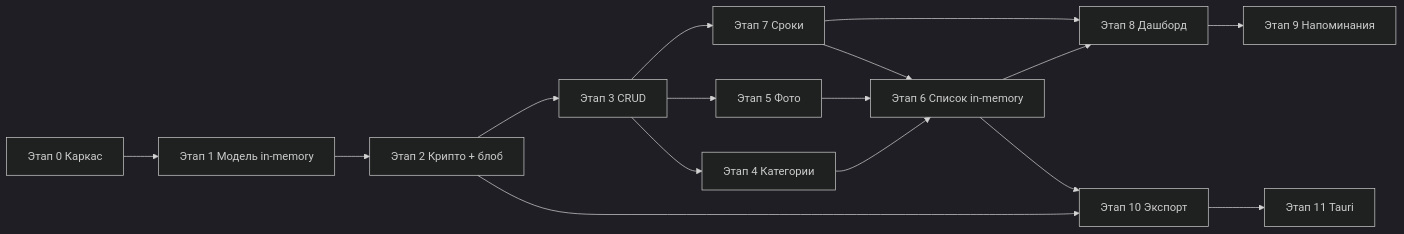
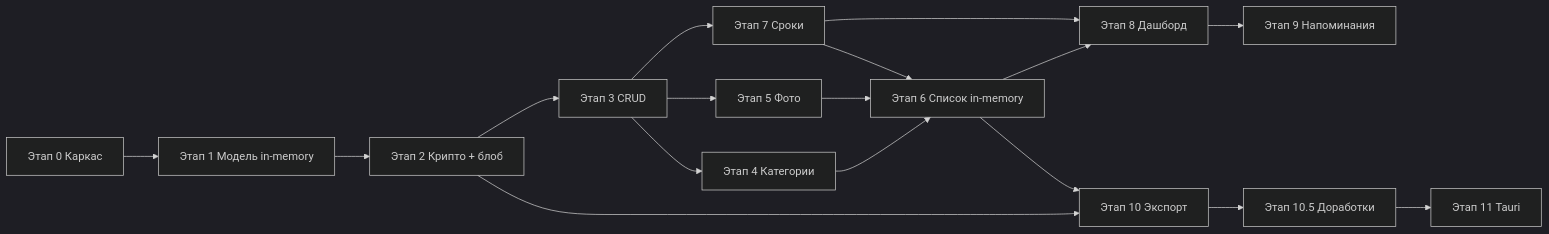
Before and after one commit to evleonov-NS/key-keeper: the diagram in PLAN.md, drawn with Mermaid (dark theme). The commit also changed other lines of this file and 1 other file, not shown here.

First line of the commit message:
docs: этап 10.5 — доработки web перед Tauri в PLAN и STATUS

````diff
--- a/PLAN.md
+++ b/PLAN.md
@@ -513,18 +560,19 @@
 ```mermaid
 flowchart LR
     E0[Этап 0 Каркас] --> E1[Этап 1 Модель in-memory]
     E1 --> E2[Этап 2 Крипто + блоб]
     E2 --> E3[Этап 3 CRUD]
     E3 --> E4[Этап 4 Категории]
     E3 --> E5[Этап 5 Фото]
     E3 --> E7[Этап 7 Сроки]
     E4 --> E6[Этап 6 Список in-memory]
     E5 --> E6
     E7 --> E6
     E6 --> E8[Этап 8 Дашборд]
     E7 --> E8
     E8 --> E9[Этап 9 Напоминания]
     E2 --> E10[Этап 10 Экспорт]
     E6 --> E10
-    E10 --> E11[Этап 11 Tauri]
+    E10 --> E105[Этап 10.5 Доработки]
+    E105 --> E11[Этап 11 Tauri]
 ```
````
